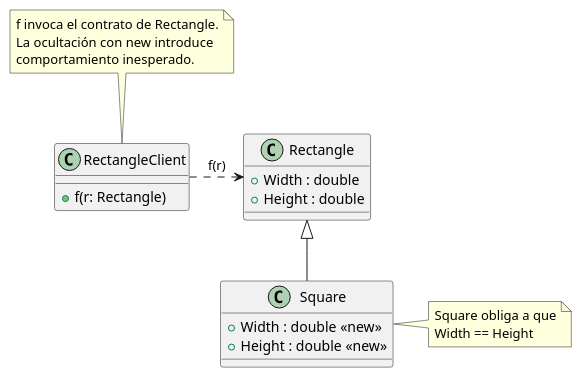
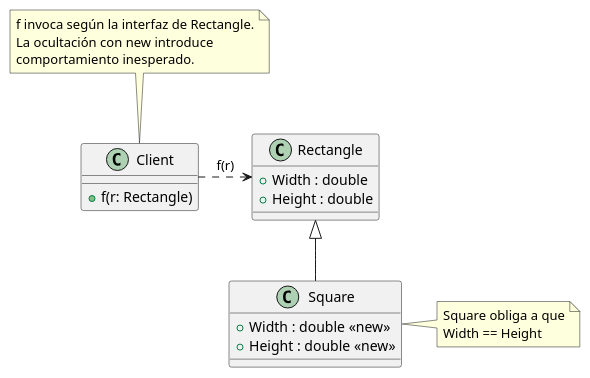
The fifth of 7 diagrams in slides/diseno/principios.md (uca-gii/gii-dss), drawn with PlantUML before and after one commit. The commit also changed other lines of this file, not shown here.

Commit message:
Refactor principios.md: mejorar la claridad y consistencia en la representación de clases y relaciones, y corregir la implementación de Rectangle y Square.

```diff
--- a/slides/diseno/principios.md
+++ b/slides/diseno/principios.md
@@ -1401,29 +1403,29 @@
 @startuml
 class Rectangle {
   +Width : double
   +Height : double
 }
 
 class Square {
   +Width : double <<new>>
   +Height : double <<new>>
 }
 
-class RectangleClient {
+class Client {
   +f(r: Rectangle)
 }
 
 Square -up-|> Rectangle
-RectangleClient .right.> Rectangle : f(r)
+Client .right.> Rectangle : f(r)
 
 note right of Square
   Square obliga a que
   Width == Height
 end note
 
-note top of RectangleClient
-  f invoca el contrato de Rectangle.
+note top of Client
+  f invoca según la interfaz de Rectangle.
   La ocultación con new introduce
   comportamiento inesperado.
 end note
 @enduml
```
